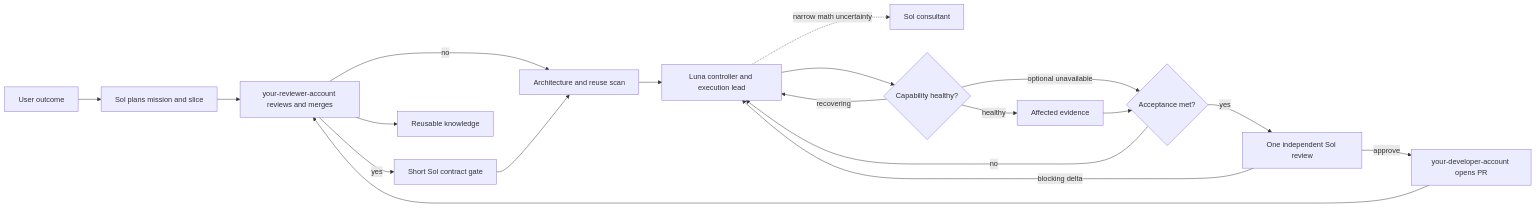
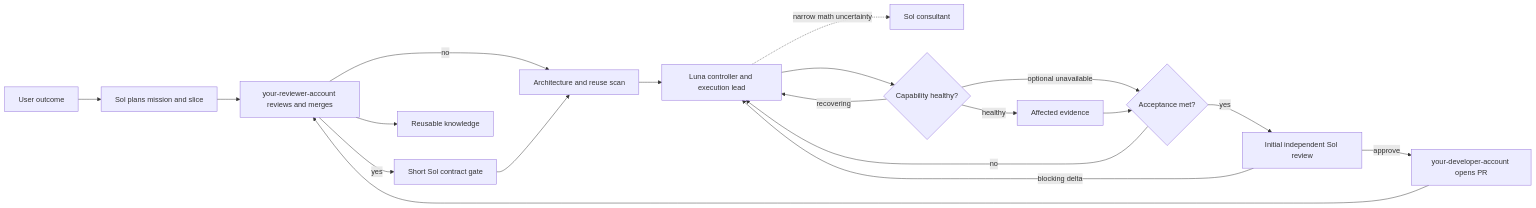
The diagram in docs/architecture.md (Qian9921/codex-governance-infra), drawn with Mermaid before and after one commit. The commit also changed other lines of this file and 38 other files, not shown here.

````diff
--- a/docs/architecture.md
+++ b/docs/architecture.md
@@ -30,21 +53,21 @@
 ```mermaid
 flowchart LR
     U[User outcome] --> P[Sol plans mission and slice]
     P --> G{R2+ math/API/new algorithm?}
     G -- yes --> SG[Short Sol contract gate]
     G -- no --> A[Architecture and reuse scan]
     SG --> A
     A --> L[Luna controller and execution lead]
     L -. narrow math uncertainty .-> C[Sol consultant]
     L --> H{Capability healthy?}
     H -- recovering --> L
     H -- healthy --> E[Affected evidence]
     H -- optional unavailable --> D
     E --> D{Acceptance met?}
     D -- no --> L
-    D -- yes --> R[One independent Sol review]
+    D -- yes --> R[Initial independent Sol review]
     R -- blocking delta --> L
     R -- approve --> Q[your-developer-account opens PR]
     Q --> G[your-reviewer-account reviews and merges]
     G --> K[Reusable knowledge]
 ```
````
